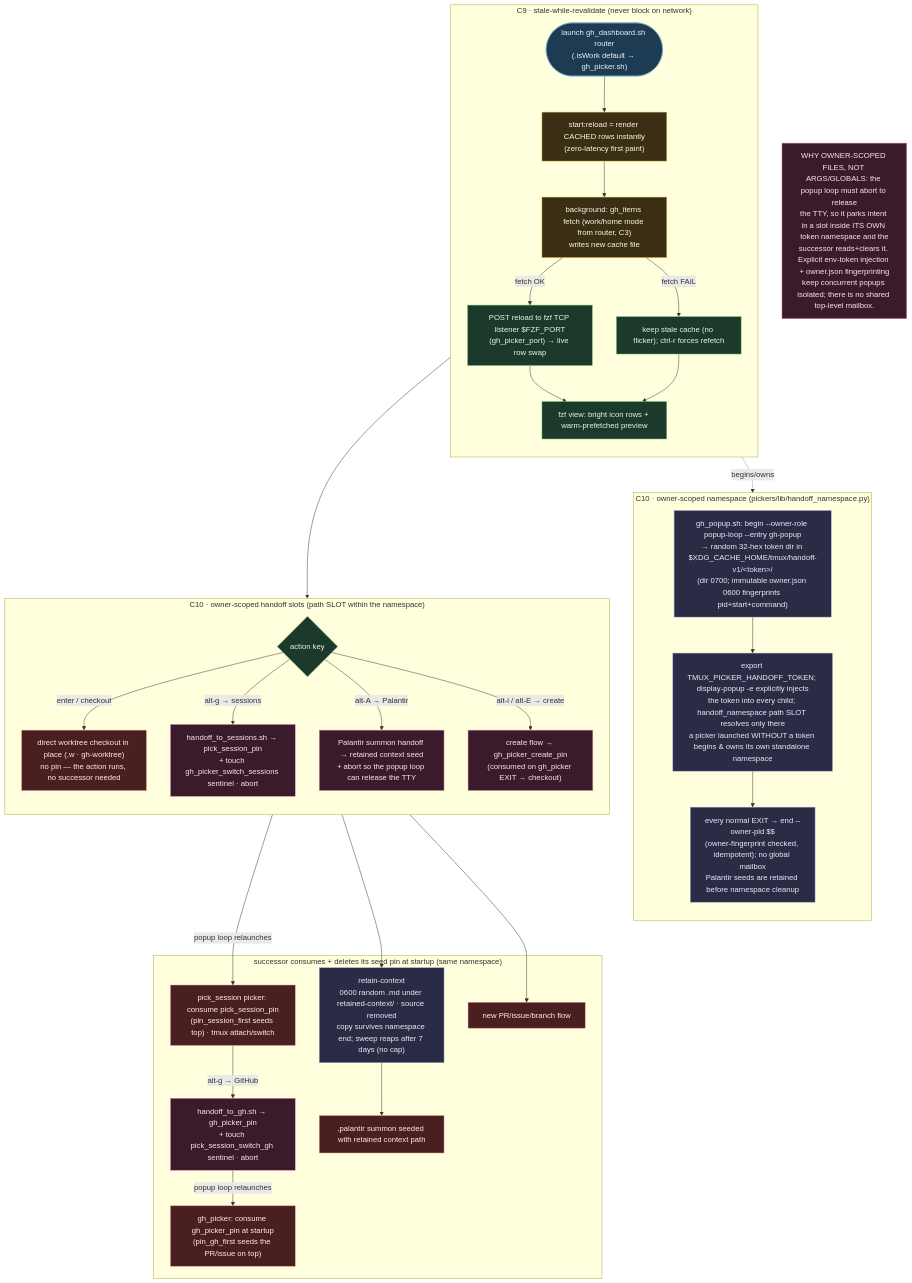
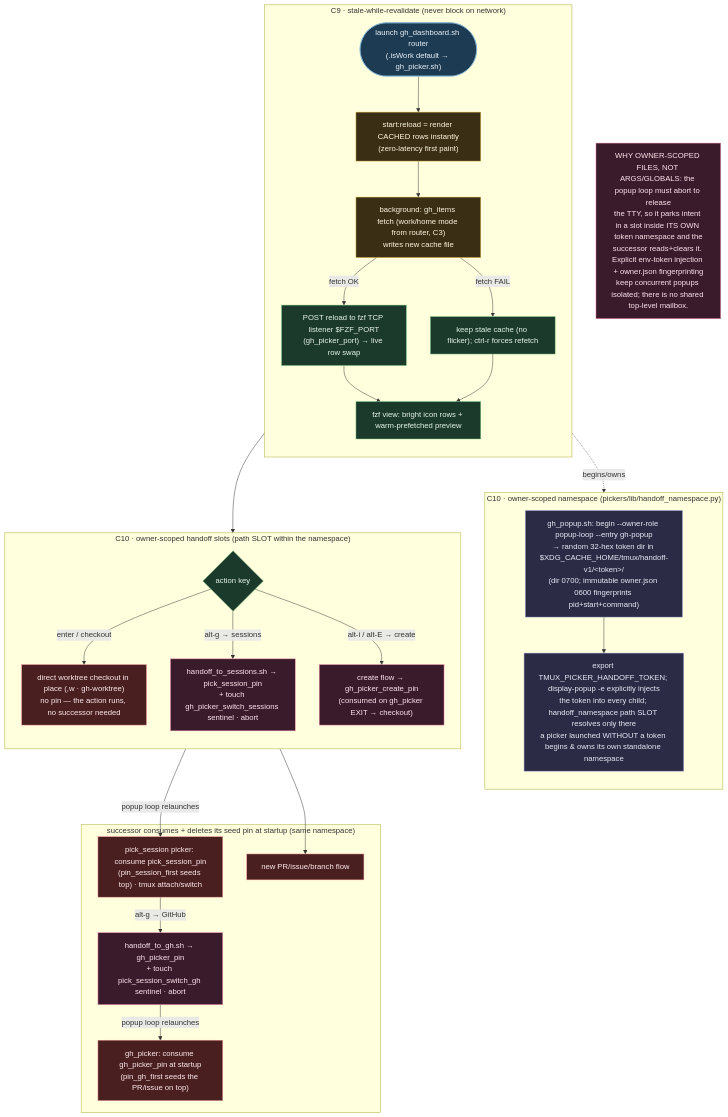
Before and after one commit to kapral18/dotfiles: the diagram in .mermaids/S3-flow-pickers-handoff.mmd, drawn with Mermaid. The commit also changed 153 other files, not shown here.

```diff
--- a/.mermaids/S3-flow-pickers-handoff.mmd
+++ b/.mermaids/S3-flow-pickers-handoff.mmd
@@ -1,51 +1,46 @@
 %% ============================================================================
 %% S3-flow-pickers-handoff.mmd — FLOW: stale-while-revalidate UX + the owner-scoped
-%% handoff bus that lets pickers cooperate with Palantir summon. Realizes C9, C10
 %% (and C3 work/home scope). Files are nodes ON the interaction. (drill: 05, 06)
 %% ============================================================================
 flowchart TB
     classDef in fill:#1d3b53,stroke:#7fb3d5,color:#eaf2f8;
     classDef cache fill:#3a2f15,stroke:#e0b341,color:#fff8e1;
     classDef ui fill:#1b3a2b,stroke:#81c784,color:#e8f5e9;
     classDef bus fill:#3a1b2b,stroke:#f48fb1,color:#fce4ec;
     classDef run fill:#4a1f1f,stroke:#ef9a9a,color:#ffebee;
     classDef own fill:#2b2b45,stroke:#9fa8da,color:#e8eaf6;
 
     subgraph SWR["C9 · stale-while-revalidate (never block on network)"]
         direction TB
         LAUNCH(["launch gh_dashboard.sh router<br/>(.isWork default → gh_picker.sh)"]):::in
         LAUNCH --> COLD["start:reload = render CACHED rows instantly<br/>(zero-latency first paint)"]:::cache
         COLD --> BG["background: gh_items fetch (work/home mode from router, C3)<br/>writes new cache file"]:::cache
         BG -->|fetch OK| PUSH["POST reload to fzf TCP listener $FZF_PORT<br/>(gh_picker_port) → live row swap"]:::ui
         BG -->|fetch FAIL| KEEP["keep stale cache (no flicker); ctrl-r forces refetch"]:::ui
         PUSH --> VIEW["fzf view: bright icon rows + warm-prefetched preview"]:::ui
         KEEP --> VIEW
     end
 
     subgraph OWN["C10 · owner-scoped namespace (pickers/lib/handoff_namespace.py)"]
         direction TB
         BEGIN["gh_popup.sh: begin --owner-role popup-loop --entry gh-popup<br/>→ random 32-hex token dir in $XDG_CACHE_HOME/tmux/handoff-v1/&lt;token&gt;/<br/>(dir 0700; immutable owner.json 0600 fingerprints pid+start+command)"]:::own
         BEGIN --> INJECT["export TMUX_PICKER_HANDOFF_TOKEN; display-popup -e explicitly injects<br/>the token into every child; handoff_namespace path SLOT resolves only there<br/>a picker launched WITHOUT a token begins & owns its own standalone namespace"]:::own
-        INJECT --> ENDNS["every normal EXIT → end --owner-pid $$<br/>(owner-fingerprint checked, idempotent); no global mailbox<br/>Palantir seeds are retained before namespace cleanup"]:::own
     end
     LAUNCH -.begins/owns.-> BEGIN
 
     subgraph BUS["C10 · owner-scoped handoff slots (path SLOT within the namespace)"]
         direction TB
         VIEW --> ACT{"action key"}:::ui
         ACT -->|enter / checkout| CO["direct worktree checkout in place (,w · gh-worktree)<br/>no pin — the action runs, no successor needed"]:::run
         ACT -->|"alt-g → sessions"| SENT["handoff_to_sessions.sh → pick_session_pin<br/>+ touch gh_picker_switch_sessions sentinel · abort"]:::bus
-        ACT -->|"alt-A → Palantir"| PPIN["Palantir summon handoff → retained context seed<br/>+ abort so the popup loop can release the TTY"]:::bus
         ACT -->|"alt-i / alt-E → create"| CPIN["create flow → gh_picker_create_pin<br/>(consumed on gh_picker EXIT → checkout)"]:::bus
     end
 
     subgraph CONSUME["successor consumes + deletes its seed pin at startup (same namespace)"]
         SENT -->|popup loop relaunches| PICKSESS["pick_session picker: consume pick_session_pin<br/>(pin_session_first seeds top) · tmux attach/switch"]:::run
         PICKSESS -->|"alt-g → GitHub"| GHPIN["handoff_to_gh.sh → gh_picker_pin<br/>+ touch pick_session_switch_gh sentinel · abort"]:::bus
         GHPIN -->|popup loop relaunches| GHSEED["gh_picker: consume gh_picker_pin at startup<br/>(pin_gh_first seeds the PR/issue on top)"]:::run
-        PPIN --> RETAIN["retain-context<br/>0600 random .md under retained-context/ · source removed<br/>copy survives namespace end; sweep reaps after 7 days (no cap)"]:::own
-        RETAIN --> PALRUN[",palantir summon seeded with retained context path"]:::run
         CPIN --> CREATE["new PR/issue/branch flow"]:::run
     end
 
     NOTE["WHY OWNER-SCOPED FILES, NOT ARGS/GLOBALS: the popup loop must abort to release<br/>the TTY, so it parks intent in a slot inside ITS OWN token namespace and the<br/>successor reads+clears it. Explicit env-token injection + owner.json fingerprinting<br/>keep concurrent popups isolated; there is no shared top-level mailbox."]:::bus
```
